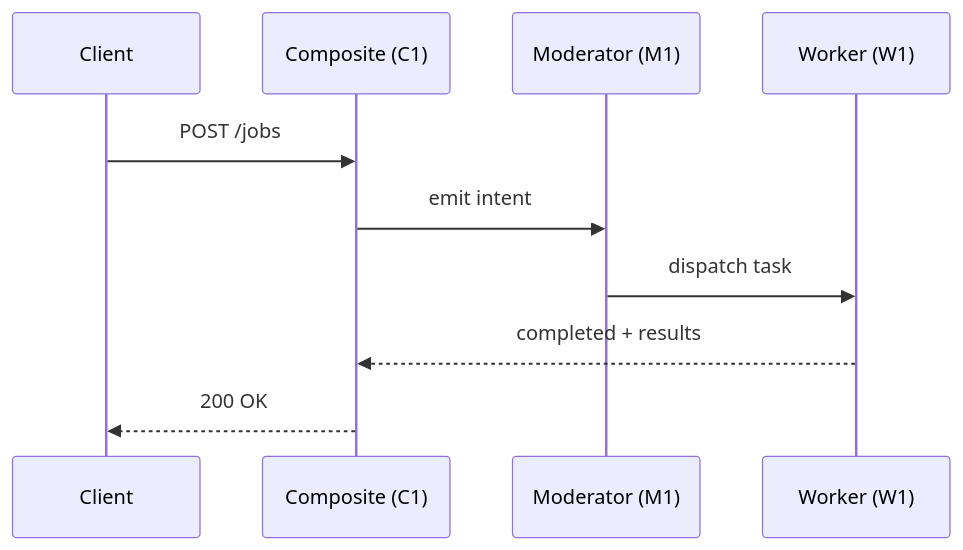
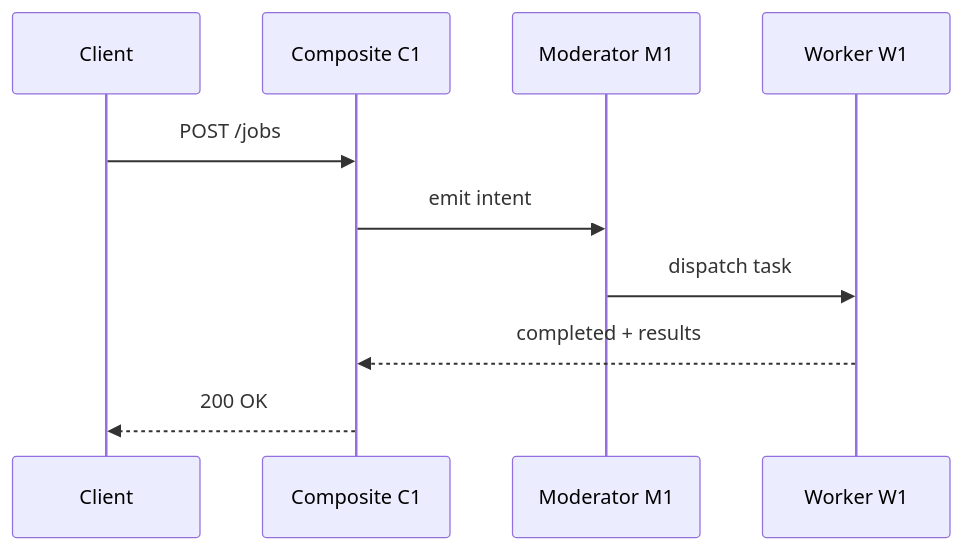
Before and after one commit to DonkRonk17/HCNA: the second of 2 diagrams in README.md, drawn with Mermaid. The commit also changed other lines of this file and 1 other file, not shown here.

Commit message:
Fix Mermaid diagram parse errors - remove parentheses from node labels, fix dotted link syntax, add color styles

````diff
--- a/README.md
+++ b/README.md
@@ -274,13 +283,13 @@
 ```mermaid
 sequenceDiagram
   participant Client
-  participant C1 as Composite (C1)
-  participant M1 as Moderator (M1)
-  participant W1 as Worker (W1)
+  participant C1 as Composite C1
+  participant M1 as Moderator M1
+  participant W1 as Worker W1
 
   Client->>C1: POST /jobs
   C1->>M1: emit intent
   M1->>W1: dispatch task
   W1-->>C1: completed + results
   C1-->>Client: 200 OK
 ```
````
